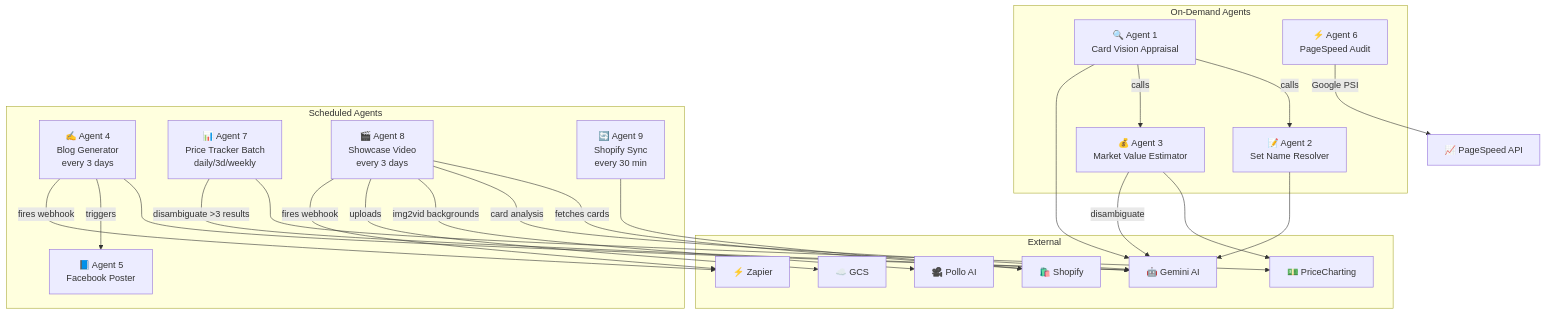
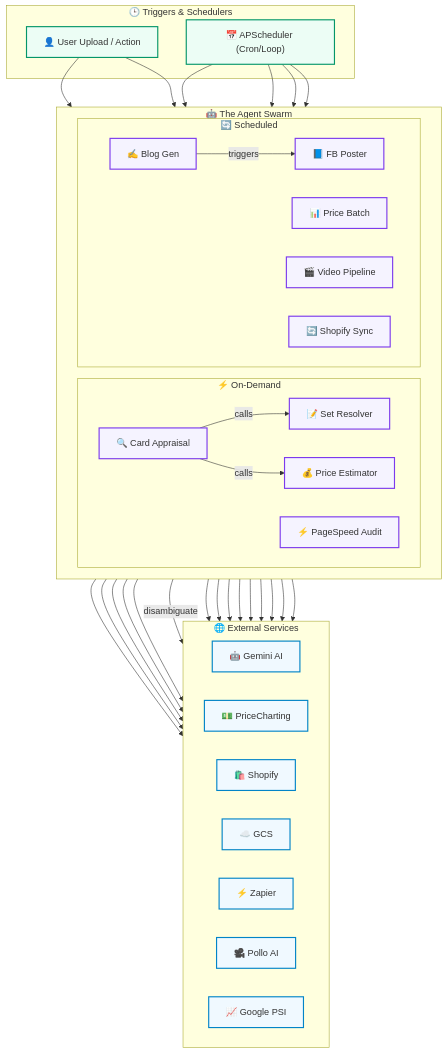
The second of 2 diagrams in docs/agent-swarms.md (AdminAsistee/TCGNakama), drawn with Mermaid before and after one commit. The commit also changed other lines of this file and 4 other files, not shown here.

````diff
--- a/docs/agent-swarms.md
+++ b/docs/agent-swarms.md
@@ -246,50 +264,67 @@
 ```mermaid
 graph TD
-    subgraph On-Demand Agents
-        A1["🔍 Agent 1<br/>Card Vision Appraisal"]
-        A2["📝 Agent 2<br/>Set Name Resolver"]
-        A3["💰 Agent 3<br/>Market Value Estimator"]
-        A6["⚡ Agent 6<br/>PageSpeed Audit"]
+    %% Styling
+    classDef agent fill:#f5f3ff,stroke:#7c3aed,stroke-width:2px;
+    classDef service fill:#f0f9ff,stroke:#0284c7,stroke-width:2px;
+    classDef trigger fill:#ecfdf5,stroke:#059669,stroke-width:2px;
+
+    %% TOP LAYER: TRIGGERS
+    subgraph Triggers ["🕒 Triggers & Schedulers"]
+        T1["👤 User Upload / Action"]:::trigger
+        T2["📅 APScheduler (Cron/Loop)"]:::trigger
     end
 
-    subgraph Scheduled Agents
-        A4["✍️ Agent 4<br/>Blog Generator<br/>every 3 days"]
-        A5["📘 Agent 5<br/>Facebook Poster"]
-        A7["📊 Agent 7<br/>Price Tracker Batch<br/>daily/3d/weekly"]
-        A8["🎬 Agent 8<br/>Showcase Video<br/>every 3 days"]
-        A9["🔄 Agent 9<br/>Shopify Sync<br/>every 30 min"]
+    %% MIDDLE LAYER: AGENTS
+    subgraph AgentSwarm ["🤖 The Agent Swarm"]
+        direction LR
+        subgraph OnDemand ["⚡ On-Demand"]
+            A1["🔍 Card Appraisal"]:::agent
+            A2["📝 Set Resolver"]:::agent
+            A3["💰 Price Estimator"]:::agent
+            A6["⚡ PageSpeed Audit"]:::agent
+        end
+
+        subgraph Scheduled ["🔄 Scheduled"]
+            A4["✍️ Blog Gen"]:::agent
+            A5["📘 FB Poster"]:::agent
+            A7["📊 Price Batch"]:::agent
+            A8["🎬 Video Pipeline"]:::agent
+            A9["🔄 Shopify Sync"]:::agent
+        end
     end
 
-    subgraph External
-        SHOPIFY["🛍️ Shopify"]
-        GEMINI["🤖 Gemini AI"]
-        PC["💵 PriceCharting"]
-        POLLO["🎥 Pollo AI"]
-        GCS["☁️ GCS"]
-        ZAPIER["⚡ Zapier"]
+    %% BOTTOM LAYER: EXTERNAL
+    subgraph External ["🌐 External Services"]
+        direction LR
+        GEMINI["🤖 Gemini AI"]:::service
+        PC["💵 PriceCharting"]:::service
+        SHOPIFY["🛍️ Shopify"]:::service
+        GCS["☁️ GCS"]:::service
+        ZAP["⚡ Zapier"]:::service
+        POLLO["🎥 Pollo AI"]:::service
+        PSI["📈 Google PSI"]:::service
     end
 
+    %% FLOWS - Triggers to Agents
+    T1 --> A1
+    T1 --> A6
+    T2 --> A4
+    T2 --> A7
+    T2 --> A8
+    T2 --> A9
+
+    %% FLOWS - Agent Connections
     A1 -->|"calls"| A2
     A1 -->|"calls"| A3
-    A1 --> GEMINI
-    A2 --> GEMINI
-    A3 --> PC
+    A4 -->|"triggers"| A5
+
+    %% FLOWS - Services
+    A1 & A2 & A4 & A7 & A8 --> GEMINI
     A3 -->|"disambiguate"| GEMINI
-
-    A4 --> GEMINI
-    A4 -->|"triggers"| A5
-    A4 -->|"fires webhook"| ZAPIER
-
-    A7 --> PC
-    A7 -->|"disambiguate >3 results"| GEMINI
-
-    A8 -->|"fetches cards"| SHOPIFY
-    A8 -->|"card analysis"| GEMINI
-    A8 -->|"img2vid backgrounds"| POLLO
-    A8 -->|"uploads"| GCS
-    A8 -->|"fires webhook"| ZAPIER
-
+    A3 & A7 --> PC
+    A4 & A5 & A8 --> ZAP
+    A8 --> POLLO
+    A8 --> GCS
     A9 --> SHOPIFY
-
-    A6 -->|"Google PSI"| PSI["📈 PageSpeed API"]
+    A6 --> PSI
 ```
````
